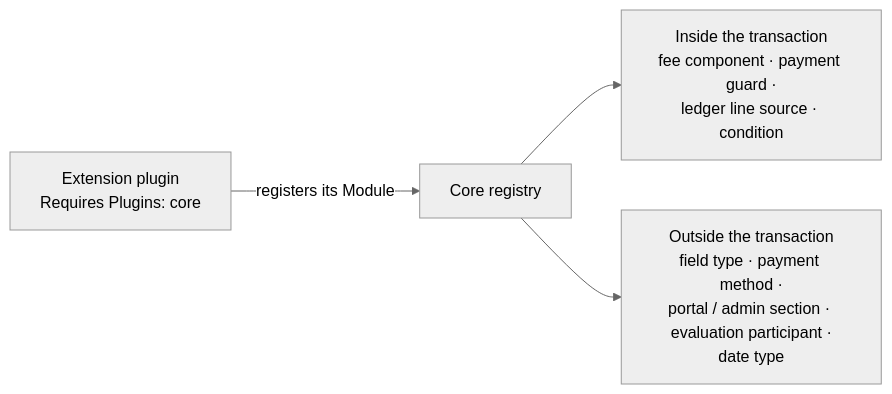
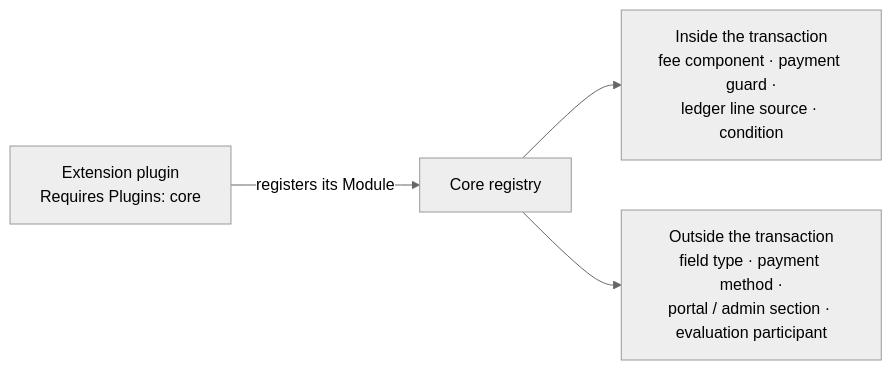
Before and after one commit to reformatus/kalaka: the seventh of 7 diagrams in docs/architecture.md, drawn with Mermaid (neutral theme). The commit also changed other lines of this file and 3 other files, not shown here.

````diff
--- a/docs/architecture.md
+++ b/docs/architecture.md
@@ -455,6 +472,6 @@
 ```mermaid
 flowchart LR
   EP["Extension plugin<br/>Requires Plugins: core"] -->|"registers its Module"| REG["Core registry"]
   REG --> IN["Inside the transaction<br/>fee component · payment guard ·<br/>ledger line source · condition"]
-  REG --> OUT["Outside the transaction<br/>field type · payment method ·<br/>portal / admin section · evaluation participant ·<br/>date type"]
+  REG --> OUT["Outside the transaction<br/>field type · payment method ·<br/>portal / admin section · evaluation participant"]
 ```
````
